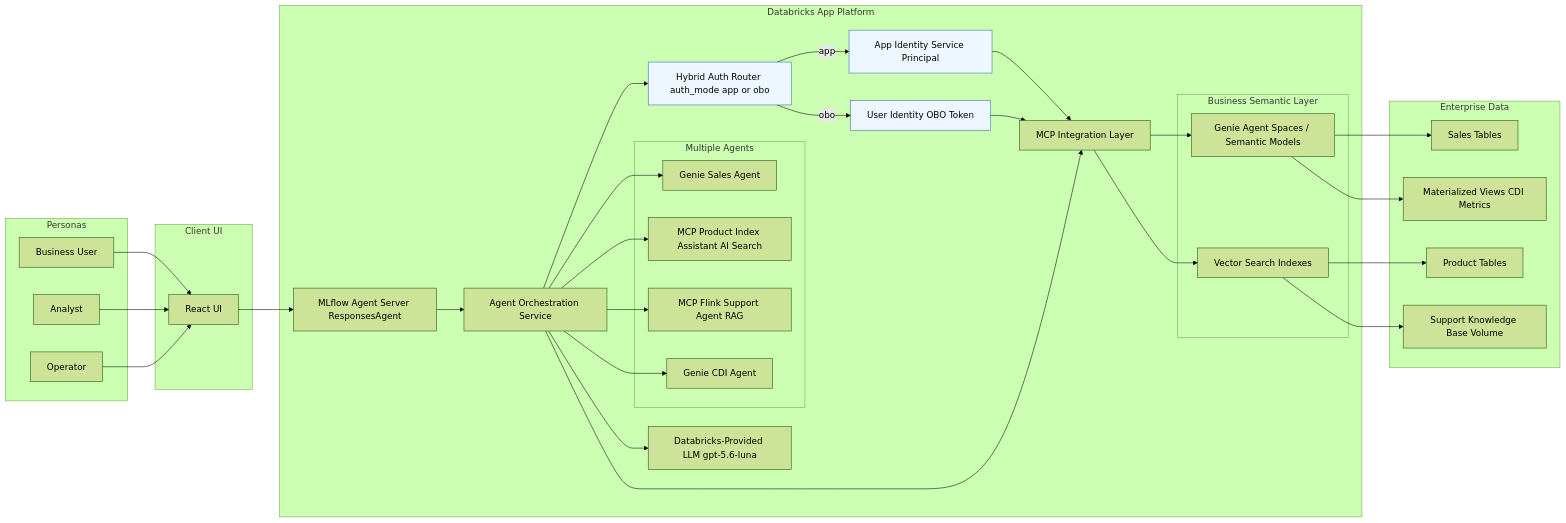
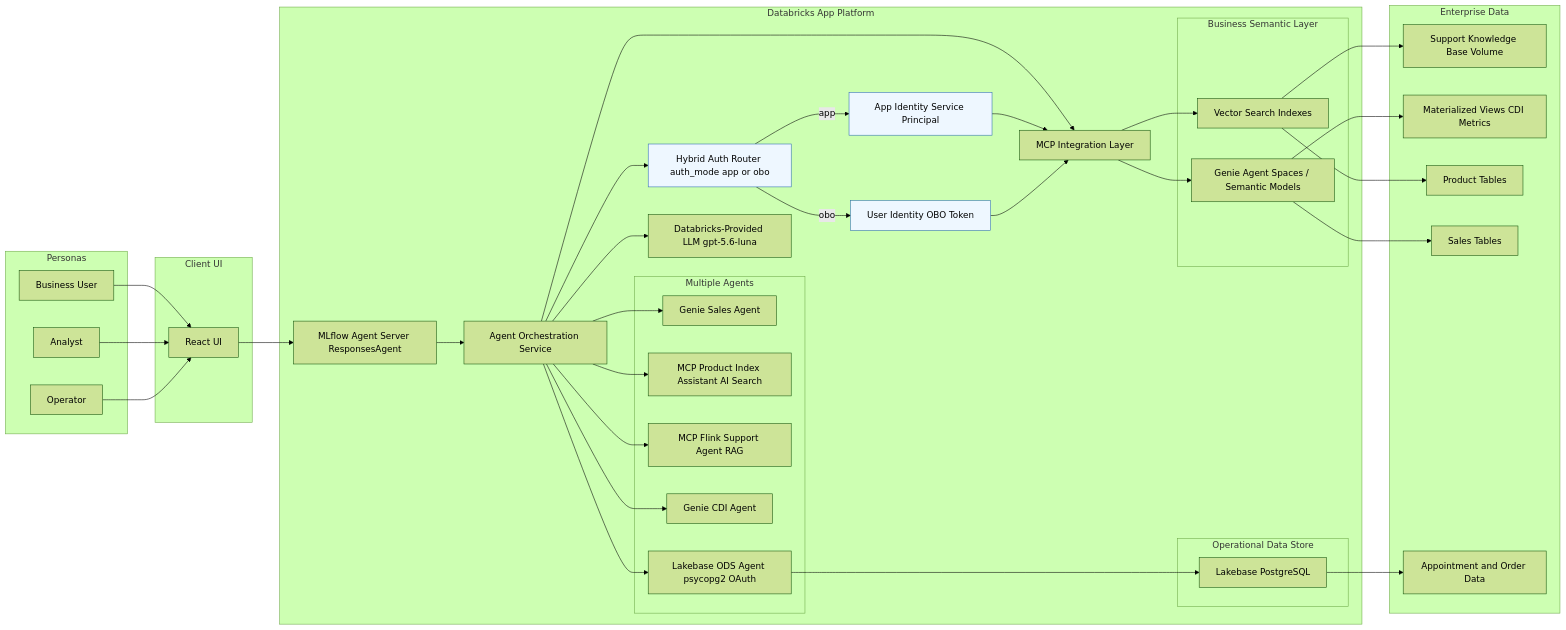
The first of 2 diagrams in docs/architecture/system-architecture.md (wchen-dea/Governed-Multi-Agent-Intelligence-on-Databricks), drawn with Mermaid (forest theme) before and after one commit. The commit also changed other lines of this file and 9 other files, not shown here.

Commit message:
agent for lakebase

````diff
--- a/docs/architecture/system-architecture.md
+++ b/docs/architecture/system-architecture.md
@@ -67,71 +67,80 @@
 ```mermaid
 flowchart LR
     subgraph Personas[Personas]
         P1[Business User]
         P2[Analyst]
         P3[Operator]
     end
 
     subgraph Client[Client UI]
         UI[React UI]
     end
 
     subgraph Platform[Databricks App Platform]
         AS[MLflow Agent Server ResponsesAgent]
         ORCH[Agent Orchestration Service]
         AUTH[Hybrid Auth Router auth_mode app or obo]
         MCP[MCP Integration Layer]
         LLM[Databricks-Provided LLM gpt-5.6-luna]
 
         APPID[App Identity Service Principal]
         OBOID[User Identity OBO Token]
 
         subgraph Agents[Multiple Agents]
             A1[Genie Sales Agent]
             A2[MCP Product Index Assistant AI Search]
             A3[MCP Flink Support Agent RAG]
             A4[Genie CDI Agent]
+            A5[Lakebase ODS Agent psycopg2 OAuth]
         end
 
         subgraph Semantic[Business Semantic Layer]
             BSL[Genie Agent Spaces / Semantic Models]
             VS[Vector Search Indexes]
+        end
+
+        subgraph ODS[Operational Data Store]
+            LB[Lakebase PostgreSQL]
         end
     end
 
     subgraph Data[Enterprise Data]
         KB[Support Knowledge Base Volume]
         MV[Materialized Views CDI Metrics]
         PT[Product Tables]
         ST[Sales Tables]
+        OD[Appointment and Order Data]
     end
 
     P1 --> UI
     P2 --> UI
     P3 --> UI
 
     UI --> AS
     AS --> ORCH
     ORCH --> AUTH
     AUTH -->|app| APPID
     AUTH -->|obo| OBOID
     ORCH --> A1
     ORCH --> A2
     ORCH --> A3
     ORCH --> A4
+    ORCH --> A5
 
     ORCH --> LLM
 
     ORCH --> MCP
     APPID --> MCP
     OBOID --> MCP
     MCP --> BSL
     MCP --> VS
+    A5 --> LB
     BSL --> ST
     BSL --> MV
     VS --> PT
     VS --> KB
+    LB --> OD
 
     classDef auth fill:#eef7ff,stroke:#2b6cb0,stroke-width:1px;
     class AUTH,APPID,OBOID auth;
 ```
````
